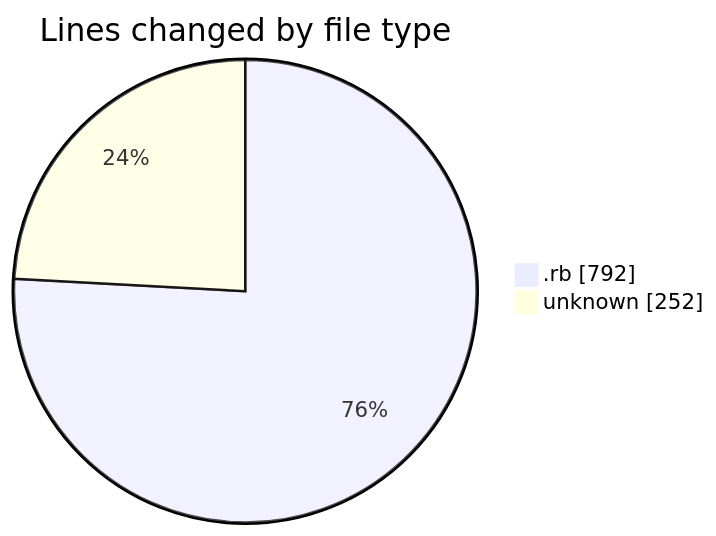
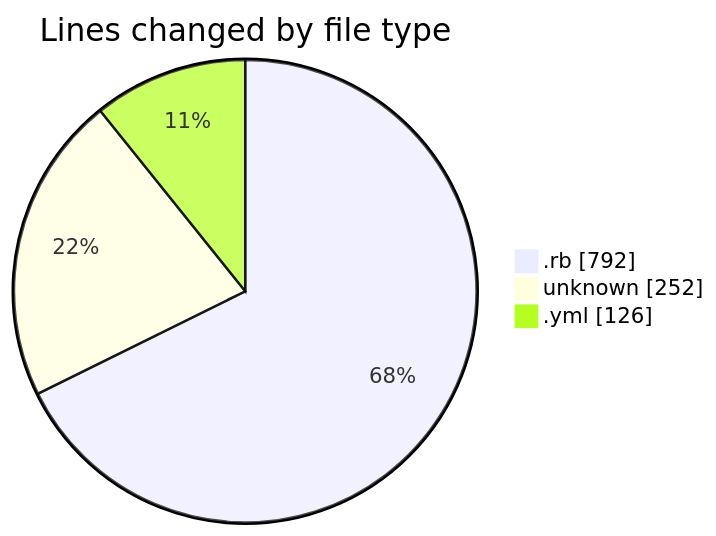
Before and after one commit to seballot/code-tracking: the first of 2 diagrams in 2025-06-19/app__container_registration-app__calm-app__/README.md, drawn with Mermaid. The commit also changed other lines of this file and 1 other file, not shown here.

````diff
--- a/2025-06-19/app__container_registration-app__calm-app__/README.md
+++ b/2025-06-19/app__container_registration-app__calm-app__/README.md
@@ -22,6 +23,7 @@
 ```mermaid
 pie showData
 title Lines changed by file type
 ".rb" : 792
 "unknown" : 252
+".yml" : 126
 ```
````
